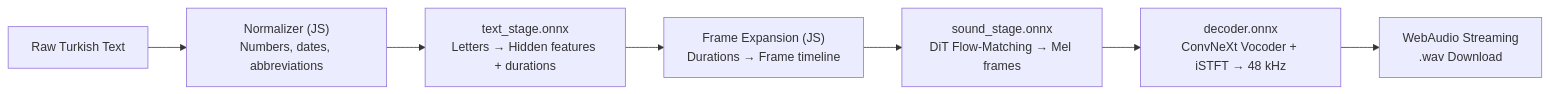
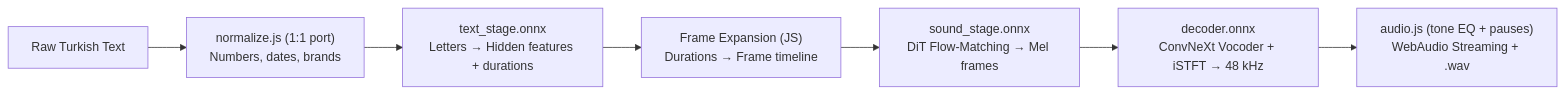
Before and after one commit to fr0stb1rd/antalia-mini-web: the first of 2 diagrams in README.md, drawn with Mermaid. The commit also changed other lines of this file and 2 other files, not shown here.

````diff
--- a/README.md
+++ b/README.md
@@ -29,9 +32,9 @@
 ```mermaid
 flowchart LR
-    A["Raw Turkish Text"] --> B["Normalizer (JS)\nNumbers, dates, abbreviations"]
+    A["Raw Turkish Text"] --> B["normalize.js (1:1 port)\nNumbers, dates, brands"]
     B --> C["text_stage.onnx\nLetters → Hidden features + durations"]
     C --> D["Frame Expansion (JS)\nDurations → Frame timeline"]
     D --> E["sound_stage.onnx\nDiT Flow-Matching → Mel frames"]
     E --> F["decoder.onnx\nConvNeXt Vocoder + iSTFT → 48 kHz"]
-    F --> G["WebAudio Streaming\n.wav Download"]
+    F --> G["audio.js (tone EQ + pauses)\nWebAudio Streaming + .wav"]
 ```
````
